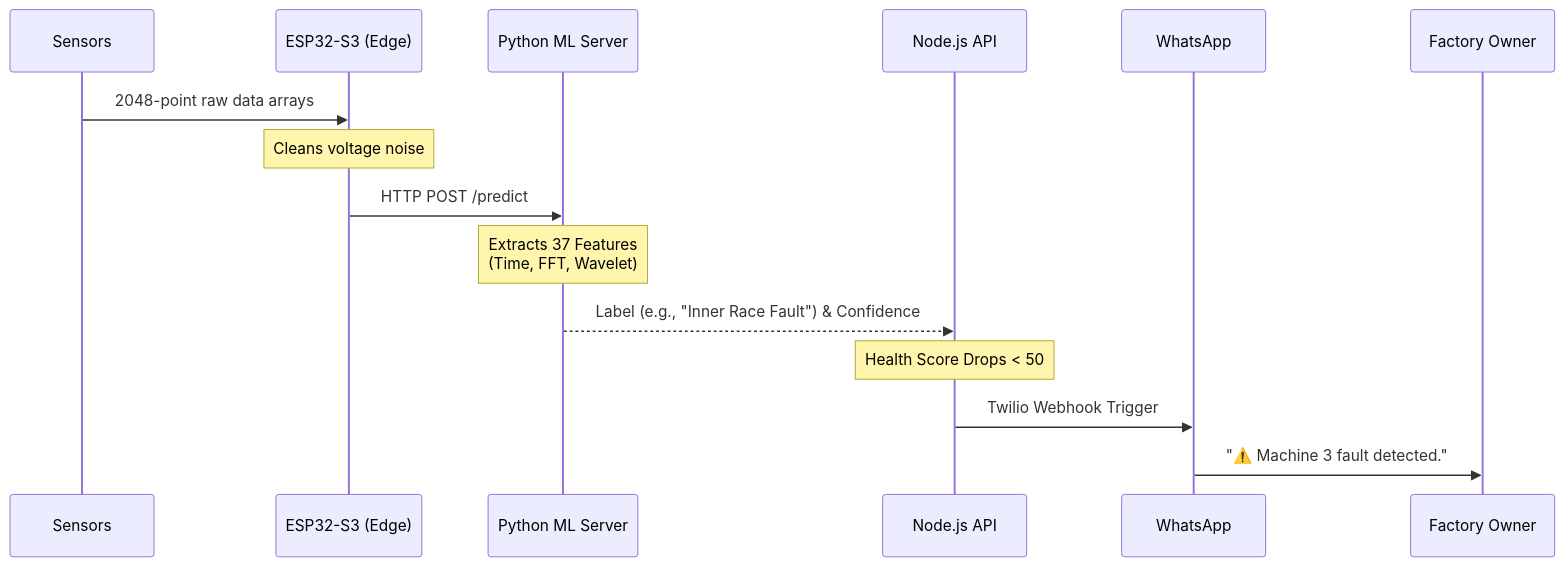
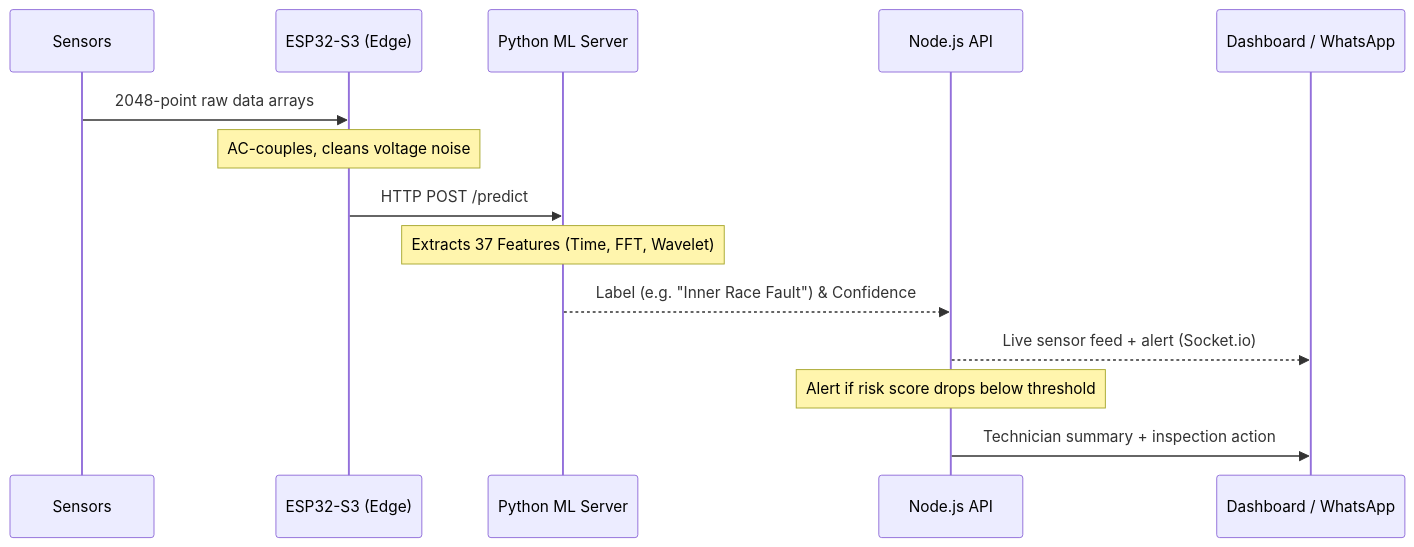
One commit to Vaishnav-Hub9/hackathon-vibration-monitor changed the second of 2 diagrams in README.md. Above: the diagram before and after it, drawn with Mermaid. The commit also changed other lines of this file, not shown here.

````diff
--- a/README.md
+++ b/README.md
@@ -81,17 +80,17 @@
 ```mermaid
 sequenceDiagram
     participant S as Sensors
     participant E as ESP32-S3 (Edge)
     participant M as Python ML Server
     participant A as Node.js API
-    participant W as WhatsApp
-    
+    participant W as Dashboard / WhatsApp
+
     S->>E: 2048-point raw data arrays
-    Note over E: Cleans voltage noise
+    Note over E: AC-couples, cleans voltage noise
     E->>M: HTTP POST /predict
-    Note over M: Extracts 37 Features<br/>(Time, FFT, Wavelet)
-    M-->>A: Label (e.g., "Inner Race Fault") & Confidence
-    Note over A: Health Score Drops < 50
-    A->>W: Twilio Webhook Trigger
-    W->>Factory Owner: "⚠️ Machine 3 fault detected."
+    Note over M: Extracts 37 Features (Time, FFT, Wavelet)
+    M-->>A: Label (e.g. "Inner Race Fault") & Confidence
+    A-->>W: Live sensor feed + alert (Socket.io)
+    Note over A: Alert if risk score drops below threshold
+    A->>W: Technician summary + inspection action
 ```
````
